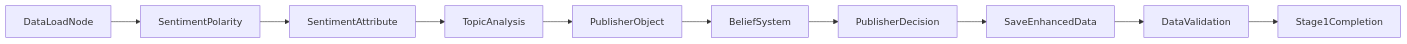
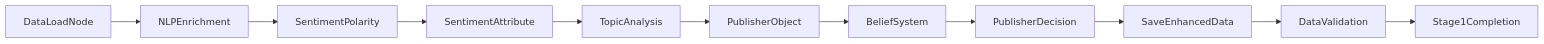
One commit to Hyacehila/AnalysisPosts changed the diagram in doc/stage1_enhancement.md. Above: the diagram before and after it, drawn with Mermaid. The commit also changed other lines of this file and 122 other files, not shown here.

````diff
--- a/doc/stage1_enhancement.md
+++ b/doc/stage1_enhancement.md
@@ -64,12 +75,13 @@
 ```mermaid
 flowchart LR
-    DL[DataLoadNode] --> SP[SentimentPolarity]
+    DL[DataLoadNode] --> NE[NLPEnrichment]
+    NE --> SP[SentimentPolarity]
     SP --> SA[SentimentAttribute]
     SA --> TP[TopicAnalysis]
     TP --> PO[PublisherObject]
     PO --> BS[BeliefSystem]
     BS --> PD[PublisherDecision]
     PD --> SD[SaveEnhancedData]
     SD --> DV[DataValidation]
     DV --> SC[Stage1Completion]
 ```
````
